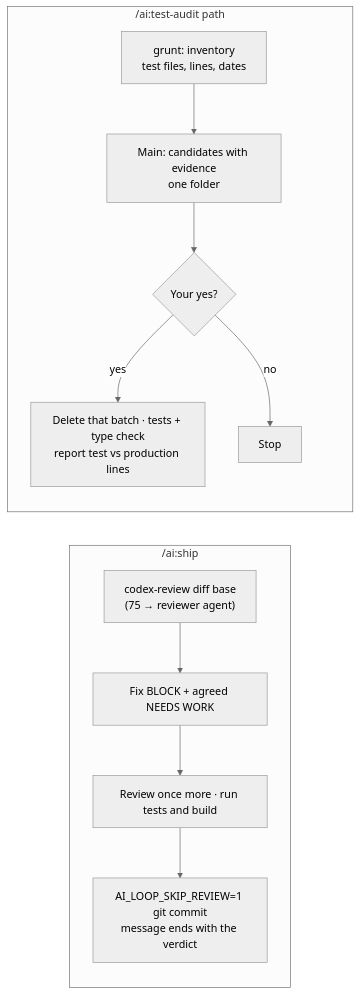
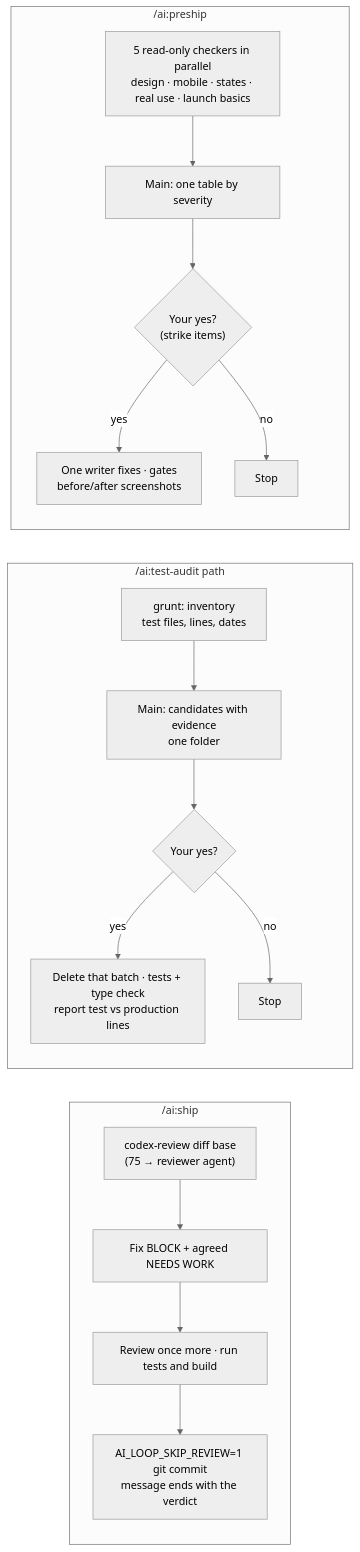
The eighth of 9 diagrams in claude/ARCHITECTURE.md (mrkpatchaa/dotfiles), drawn with Mermaid (neutral theme) before and after one commit. The commit also changed other lines of this file and 8 other files, not shown here.

````diff
--- a/claude/ARCHITECTURE.md
+++ b/claude/ARCHITECTURE.md
@@ -223,16 +234,23 @@
 ```mermaid
 flowchart LR
   subgraph ship["/ai:ship"]
     direction TB
     S1["codex-review diff base<br/>(75 → reviewer agent)"] --> S2["Fix BLOCK + agreed NEEDS WORK"]
     S2 --> S3["Review once more · run tests and build"]
     S3 --> S4["AI_LOOP_SKIP_REVIEW=1 git commit<br/>message ends with the verdict"]
   end
   subgraph audit["/ai:test-audit path"]
     direction TB
     T1["grunt: inventory<br/>test files, lines, dates"] --> T2["Main: candidates with evidence<br/>one folder"]
     T2 --> T3{"Your yes?"}
     T3 -->|yes| T4["Delete that batch · tests + type check<br/>report test vs production lines"]
     T3 -->|no| T5["Stop"]
   end
+  subgraph pre["/ai:preship"]
+    direction TB
+    P1["5 read-only checkers in parallel<br/>design · mobile · states · real use · launch basics"] --> P2["Main: one table by severity"]
+    P2 --> P3{"Your yes?<br/>(strike items)"}
+    P3 -->|yes| P4["One writer fixes · gates<br/>before/after screenshots"]
+    P3 -->|no| P5["Stop"]
+  end
 ```
````
